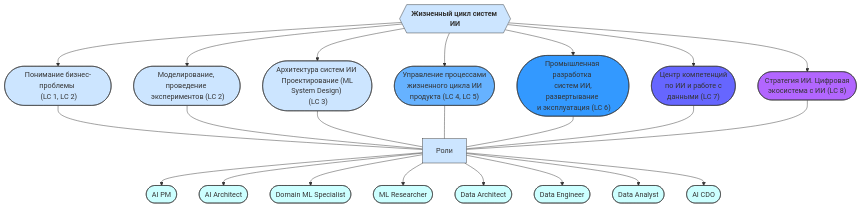
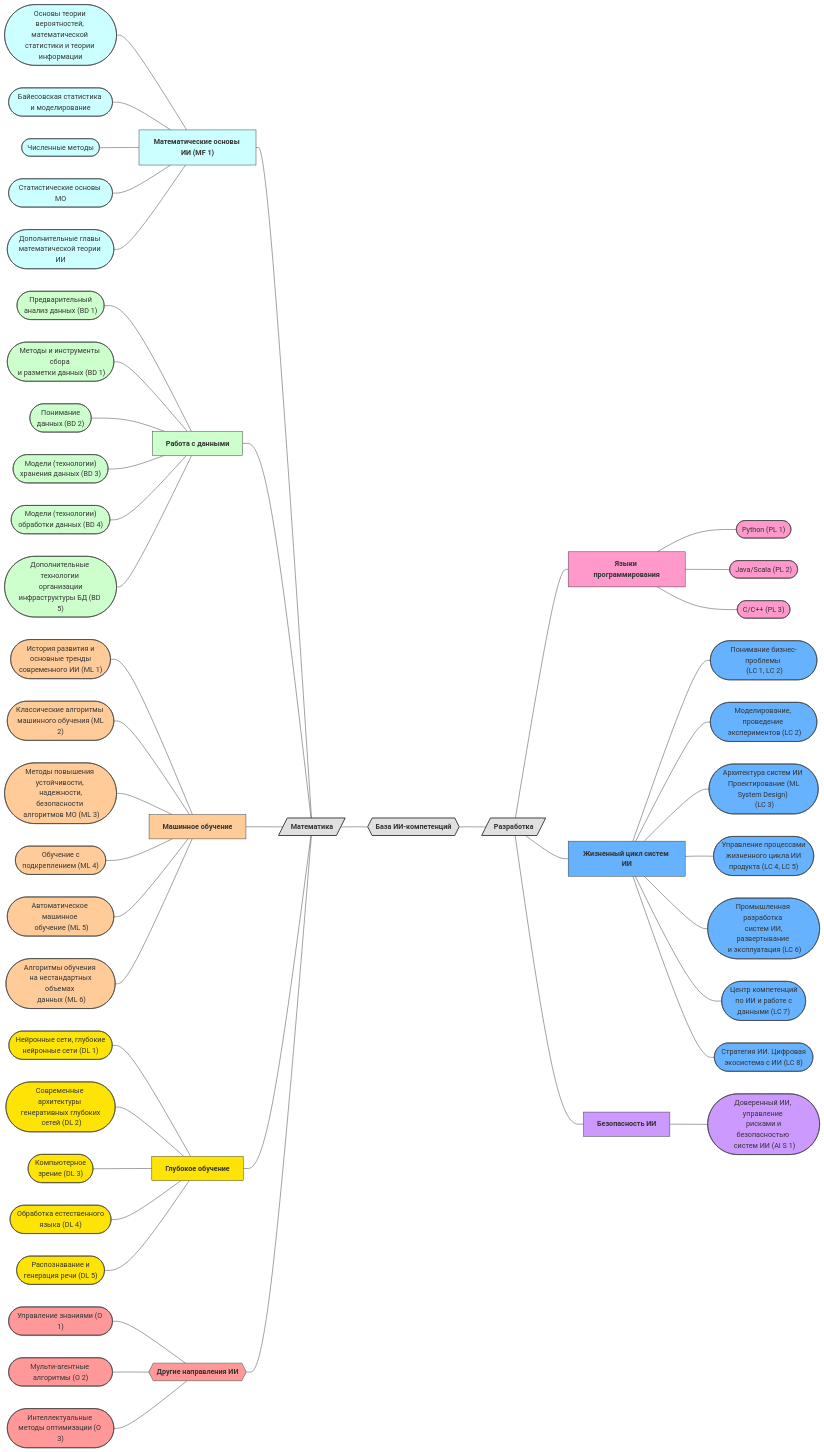
Before and after one commit to aimclub/ai-competency-model: the diagram in README.md, drawn with Mermaid. The commit also changed other lines of this file, not shown here.

````diff
--- a/README.md
+++ b/README.md
@@ -202,45 +3,115 @@
 ```mermaid
-graph TD;
-classDef LC1Style fill:#CCE5FF,stroke:#333,stroke-width:1px
-classDef LC2Style fill:#66B2FF,stroke:#333,stroke-width:1px
-classDef LC3Style fill:#3399FF,stroke:#333,stroke-width:1px
-classDef LC4Style fill:#6666FF,stroke:#333,stroke-width:1px
-classDef LC5Style fill:#B266FF,stroke:#333,stroke-width:1px
-classDef jobsLCStyle fill:#CCFFFF,stroke:#333,stroke-width:1px
+graph LR;
+classDef DomainStyle fill:#E0E0E0,stroke:#333,stroke-width:2px
 
-areaLC{{"`**Жизненный цикл систем ИИ**`"}}:::LC1Style -->aspectBusinessProblem(["Понимание бизнес-проблемы <br> (LC 1, LC 2)"]):::LC1Style
-areaLC -->aspectEXModeling(["Моделирование, проведение <br> экспериментов (LC 2)"]):::LC1Style
-areaLC -->aspectAISysArchitecture(["Архитектура систем ИИ <br> Проектирование (ML System Design) <br> (LC 3)"]):::LC1Style
-areaLC -->aspectLCControl(["Управление процессами <br> жизненного цикла ИИ <br> продукта (LC 4, LC 5)"]):::LC2Style
-areaLC -->aspectIndustrialAI(["Промышленная разработка <br> систем ИИ, развертывание <br> и эксплуатация (LC 6)"]):::LC3Style
-areaLC -->aspectAIDataCompetencies(["Центр компетенций <br> по ИИ и работе с <br> данными (LC 7)"]):::LC4Style
-areaLC -->aspectStrategyEcoSystemAI(["Стратегия ИИ. Цифровая <br> экосистема с ИИ (LC 8)"]):::LC5Style
+classDef MathStyle fill:#CCFFFF,stroke:#333,stroke-width:1px
+classDef BDStyle fill:#CCFFCC,stroke:#333,stroke-width:1px
+classDef MLStyle fill:#FFCC99,stroke:#333,stroke-width:1px
+classDef DLStyle fill:#FDE406,stroke:#333,stroke-width:1px
+classDef OtherStyle fill:#FF9999,stroke:#333,stroke-width:1px
 
-aspectBusinessProblem ---jobsLC["Роли"]:::LC1Style
-aspectEXModeling ---jobsLC
-aspectAISysArchitecture ---jobsLC
-aspectLCControl ---jobsLC
-aspectIndustrialAI ---jobsLC
-aspectAIDataCompetencies ---jobsLC
-aspectStrategyEcoSystemAI ---jobsLC
+classDef PLStyle fill:#FF99CC,stroke:#333,stroke-width:1px
+classDef LCStyle fill:#66B2FF,stroke:#333,stroke-width:1px
+classDef AISStyle fill:#CC99FF,stroke:#333,stroke-width:1px
 
-jobsLC -->jobAIPM(["AI PM"]):::jobsLCStyle
-jobsLC -->jobAIArchitect(["AI Architect"]):::jobsLCStyle
-jobsLC -->jobDomainMLSpecialist(["Domain ML Specialist"]):::jobsLCStyle
-jobsLC -->jobMLResearcher(["ML Researcher"]):::jobsLCStyle
-jobsLC -->jobDataArchitect(["Data Architect"]):::jobsLCStyle
-jobsLC -->jobDataEngineer(["Data Engineer"]):::jobsLCStyle
-jobsLC -->jobDataAnalyst(["Data Analyst"]):::jobsLCStyle
-jobsLC -->jobAICDO(["AI CDO"]):::jobsLCStyle
 
-click jobAIPM "https://github.com/VoidSubjucator/Competence-Bank/blob/main/Jobs/jobAIPM.md"
-click jobAIArchitect "https://github.com/VoidSubjucator/Competence-Bank/blob/main/Jobs/jobAIArchitect.md"
-click jobDomainMLSpecialist "https://github.com/VoidSubjucator/Competence-Bank/blob/main/Jobs/jobDomainMLSpecialist.md"
-click jobMLResearcher "https://github.com/VoidSubjucator/Competence-Bank/blob/main/Jobs/jobMLResearcher.md"
-click jobDataArchitect "https://github.com/VoidSubjucator/Competence-Bank/blob/main/Jobs/jobDataArchitect.md"
-click jobDataEngineer "https://github.com/VoidSubjucator/Competence-Bank/blob/main/Jobs/jobDataEngineer.md"
-click jobDataAnalyst "https://github.com/VoidSubjucator/Competence-Bank/blob/main/Jobs/jobDataAnalyst.md"
-click jobAICDO "https://github.com/VoidSubjucator/Competence-Bank/blob/main/Jobs/jobAICDO.md"
+
+aspectProbabilityStatistics(["Основы теории вероятностей, математической статистики и теории информации"]):::MathStyle ---areaMath["`**Математические основы ИИ (MF 1)**`"]:::MathStyle
+aspectBayesStatistics(["Байесовская статистика и моделирование"]):::MathStyle ---areaMath
+aspectNumericMethods(["Численные методы"]):::MathStyle ---areaMath
+aspectMLStatistics(["Статистические основы МО"]):::MathStyle ---areaMath
+aspectAdditionalAIMath(["Дополнительные главы математической теории ИИ"]):::MathStyle ---areaMath
+
+aspectPreDataAnalysis(["Предварительный <br> анализ данных (BD 1)"]):::BDStyle ---areaBD["`**Работа с данными**`"]:::BDStyle
+aspectDataMarkCollection(["Методы и инструменты сбора <br> и разметки данных (BD 1)"]):::BDStyle ---areaBD
+aspectDataUnderstanding(["Понимание <br> данных (BD 2)"]):::BDStyle ---areaBD
+aspectDataStoraging(["Модели (технологии) <br> хранения данных (BD 3)"]):::BDStyle ---areaBD
+aspectDataProcessing(["Модели (технологии) <br> обработки данных (BD 4)"]):::BDStyle ---areaBD
+aspectBDInfrastructure(["Дополнительные технологии <br> организации инфраструктуры БД (BD 5)"]):::BDStyle ---areaBD
+
+aspectHistoryTrends(["История развития и <br> основные тренды <br> современного ИИ (ML 1)"]):::MLStyle ---areaML["`**Машинное обучение**`"]:::MLStyle
+aspectClassicAlgo(["Классические алгоритмы <br> машинного обучения (ML 2)"]):::MLStyle ---areaML
+aspectMLStability(["Методы повышения устойчивости, <br> надежности, безопасности <br> алгоритмов МО (ML 3)"]):::MLStyle ---areaML
+aspectReinforcementLearning(["Обучение с <br> подкреплением (ML 4)"]):::MLStyle ---areaML
+aspectAutoML(["Автоматическое машинное <br> обучение (ML 5)"]):::MLStyle ---areaML
+aspectNonStandardLearningAlgo(["Алгоритмы обучения <br> на нестандартных объемах <br> данных (ML 6)"]):::MLStyle ---areaML
+
+aspectDeepNeuro(["Нейронные сети, глубокие <br> нейронные сети (DL 1)"]):::DLStyle ---areaDL["`**Глубокое обучение**`"]:::DLStyle
+aspectDeepNeuroArchitecture(["Современные архитектуры <br> генеративных глубоких <br> сетей (DL 2)"]):::DLStyle  ---areaDL
+aspectComputerVision(["Компьютерное <br> зрение (DL 3)"]):::DLStyle ---areaDL
+aspectLanguageProcessing(["Обработка естественного <br> языка (DL 4)"]):::DLStyle ---areaDL
+aspectVoiceRecognition(["Распознавание и <br> генерация речи (DL 5)"]):::DLStyle ---areaDL
+
+aspectKnowledgeManagement(["Управление знаниями (O 1)"]):::OtherStyle ---areaOther{{"`**Другие направления ИИ**`"}}:::OtherStyle
+aspectMultiAgentAlgo(["Мульти-агентные алгоритмы (O 2)"]):::OtherStyle ---areaOther
+aspectIntellectualOpti(["Интеллектуальные методы оптимизации (O 3)"]):::OtherStyle ---areaOther
+
+
+areaMath ---domainMath[/"`**Математика**`"/]:::DomainStyle
+areaBD ---domainMath
+areaML ---domainMath
+areaDL ---domainMath
+areaOther ---domainMath
+
+domainMath ---title{{"`**База ИИ-компетенций**`"}}:::DomainStyle
+
+title ---domainDev[/"`**Разработка**`"/]:::DomainStyle
+
+domainDev ---areaPL["`**Языки программирования**`"]:::PLStyle
+domainDev ---areaLC["`**Жизненный цикл систем ИИ**`"]:::LCStyle
+domainDev ---areaAIS["`**Безопасность ИИ**`"]:::AISStyle
+
+areaPL ---aspectPython(["Python (PL 1)"]):::PLStyle
+areaPL ---aspectJava(["Java/Scala (PL 2)"]):::PLStyle
+areaPL ---aspectCPP(["C/C++ (PL 3)"]):::PLStyle
+
+areaLC ---aspectBusinessProblem(["Понимание бизнес-проблемы <br> (LC 1, LC 2)"]):::LCStyle
+areaLC ---aspectEXModeling(["Моделирование, проведение <br> экспериментов (LC 2)"]):::LCStyle
+areaLC ---aspectAISysArchitecture(["Архитектура систем ИИ <br> Проектирование (ML System Design) <br> (LC 3)"]):::LCStyle
+areaLC ---aspectLCControl(["Управление процессами <br> жизненного цикла ИИ <br> продукта (LC 4, LC 5)"]):::LCStyle
+areaLC ---aspectIndustrialAI(["Промышленная разработка <br> систем ИИ, развертывание <br> и эксплуатация (LC 6)"]):::LCStyle
+areaLC ---aspectAIDataCompetencies(["Центр компетенций <br> по ИИ и работе с <br> данными (LC 7)"]):::LCStyle
+areaLC ---aspectStrategyEcoSystemAI(["Стратегия ИИ. Цифровая <br> экосистема с ИИ (LC 8)"]):::LCStyle
+
+areaAIS ---aspectTrustedAI(["Доверенный ИИ, управление <br> рисками и безопасностью <br> систем ИИ (AI S 1)"]):::AISStyle
+
+
+
+click aspectProbabilityStatistics "https://github.com/VoidSubjucator/Competence-Bank/blob/main/Math/AIMathBasics/aspectProbabilityStatistics.md"
+click aspectBayesStatistics "https://github.com/VoidSubjucator/Competence-Bank/blob/main/Math/AIMathBasics/aspectBayesStatistics.md"
+click aspectNumericMethods "https://github.com/VoidSubjucator/Competence-Bank/blob/main/Math/AIMathBasics/aspectNumericMethods.md"
+click aspectMLStatistics "https://github.com/VoidSubjucator/Competence-Bank/blob/main/Math/AIMathBasics/aspectMLStatistics.md"
+click aspectAdditionalAIMath "https://github.com/VoidSubjucator/Competence-Bank/blob/main/Math/AIMathBasics/aspectAdditionalAIMath.md"
+
+click aspectPreDataAnalysis "https://github.com/VoidSubjucator/Competence-Bank/blob/main/Math/BD/aspectPreDataAnalysis.md"
+click aspectDataMarkCollection "https://github.com/VoidSubjucator/Competence-Bank/blob/main/Math/BD/aspectDataMarkCollection.md"
+click aspectDataUnderstanding "https://github.com/VoidSubjucator/Competence-Bank/blob/main/Math/BD/aspectDataUnderstanding.md"
+click aspectDataStoraging "https://github.com/VoidSubjucator/Competence-Bank/blob/main/Math/BD/aspectDataStoraging.md"
+click aspectDataProcessing "https://github.com/VoidSubjucator/Competence-Bank/blob/main/Math/BD/aspectDataProcessing.md"
+click aspectBDInfrastructure "https://github.com/VoidSubjucator/Competence-Bank/blob/main/Math/BD/aspectBDInfrastructure.md"
+
+click aspectHistoryTrends "https://github.com/VoidSubjucator/Competence-Bank/blob/main/Math/ML/aspectHistoryTrends.md"
+click aspectClassicAlgo "https://github.com/VoidSubjucator/Competence-Bank/blob/main/Math/ML/aspectClassicAlgo.md"
+click aspectMLStability "https://github.com/VoidSubjucator/Competence-Bank/blob/main/Math/ML/aspectMLStability.md"
+click aspectReinforcementLearning "https://github.com/VoidSubjucator/Competence-Bank/blob/main/Math/ML/aspectReinforcementLearning.md"
+click aspectAutoML "https://github.com/VoidSubjucator/Competence-Bank/blob/main/Math/ML/aspectAutoML.md"
+click aspectNonStandardLearningAlgo "https://github.com/VoidSubjucator/Competence-Bank/blob/main/Math/ML/aspectNonStandardLearningAlgo.md"
+
+click aspectDeepNeuro "https://github.com/VoidSubjucator/Competence-Bank/blob/main/Math/DL/aspectDeepNeuro.md"
+click aspectDeepNeuroArchitecture "https://github.com/VoidSubjucator/Competence-Bank/blob/main/Math/DL/aspectDeepNeuroArchitecture.md"
+click aspectComputerVision "https://github.com/VoidSubjucator/Competence-Bank/blob/main/Math/DL/aspectComputerVision.md"
+click aspectLanguageProcessing "https://github.com/VoidSubjucator/Competence-Bank/blob/main/Math/DL/aspectLanguageProcessing.md"
+click aspectVoiceRecognition "https://github.com/VoidSubjucator/Competence-Bank/blob/main/Math/DL/aspectVoiceRecognition.md"
+
+click aspectKnowledgeManagement "https://github.com/VoidSubjucator/Competence-Bank/blob/main/Math/Other/aspectKnowledgeManagement.md"
+click aspectMultiAgentAlgo "https://github.com/VoidSubjucator/Competence-Bank/blob/main/Math/Other/aspectMultiAgentAlgo.md"
+click aspectIntellectualOpti "https://github.com/VoidSubjucator/Competence-Bank/blob/main/Math/Other/aspectIntellectualOpti.md"
+
+
+
+click aspectPython "https://github.com/VoidSubjucator/Competence-Bank/blob/main/Dev/PL/aspectPython.md"
+click aspectJava "https://github.com/VoidSubjucator/Competence-Bank/blob/main/Dev/PL/aspectJava.md"
+click aspectCPP "https://github.com/VoidSubjucator/Competence-Bank/blob/main/Dev/PL/aspectCPP.md"
 
 click aspectBusinessProblem "https://github.com/VoidSubjucator/Competence-Bank/blob/main/Dev/LC/aspectBusinessProblem.md"
 click aspectEXModeling "https://github.com/VoidSubjucator/Competence-Bank/blob/main/Dev/LC/aspectEXModeling.md"
@@ -249,4 +120,6 @@
 click aspectIndustrialAI "https://github.com/VoidSubjucator/Competence-Bank/blob/main/Dev/LC/aspectIndustrialAI.md"
 click aspectAIDataCompetencies "https://github.com/VoidSubjucator/Competence-Bank/blob/main/Dev/LC/aspectAIDataCompetencies.md"
 click aspectStrategyEcoSystemAI "https://github.com/VoidSubjucator/Competence-Bank/blob/main/Dev/LC/aspectStrategyEcoSystemAI.md"
+
+click aspectTrustedAI "https://github.com/VoidSubjucator/Competence-Bank/blob/main/Dev/AIS/aspectTrustedAI.md"
 ```
````
